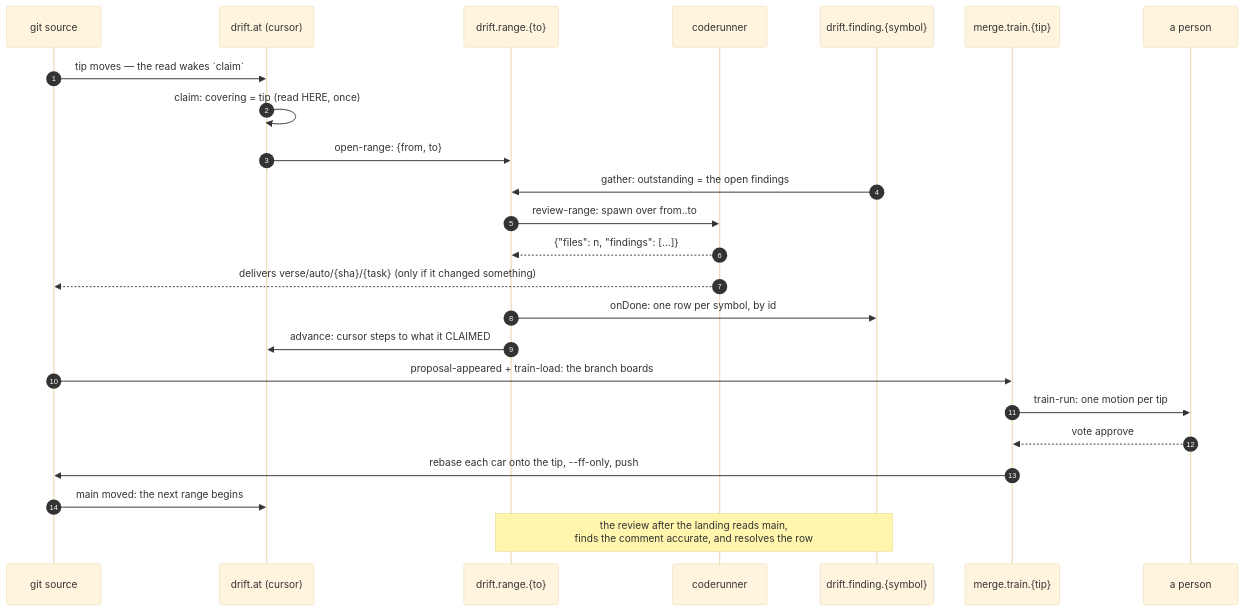
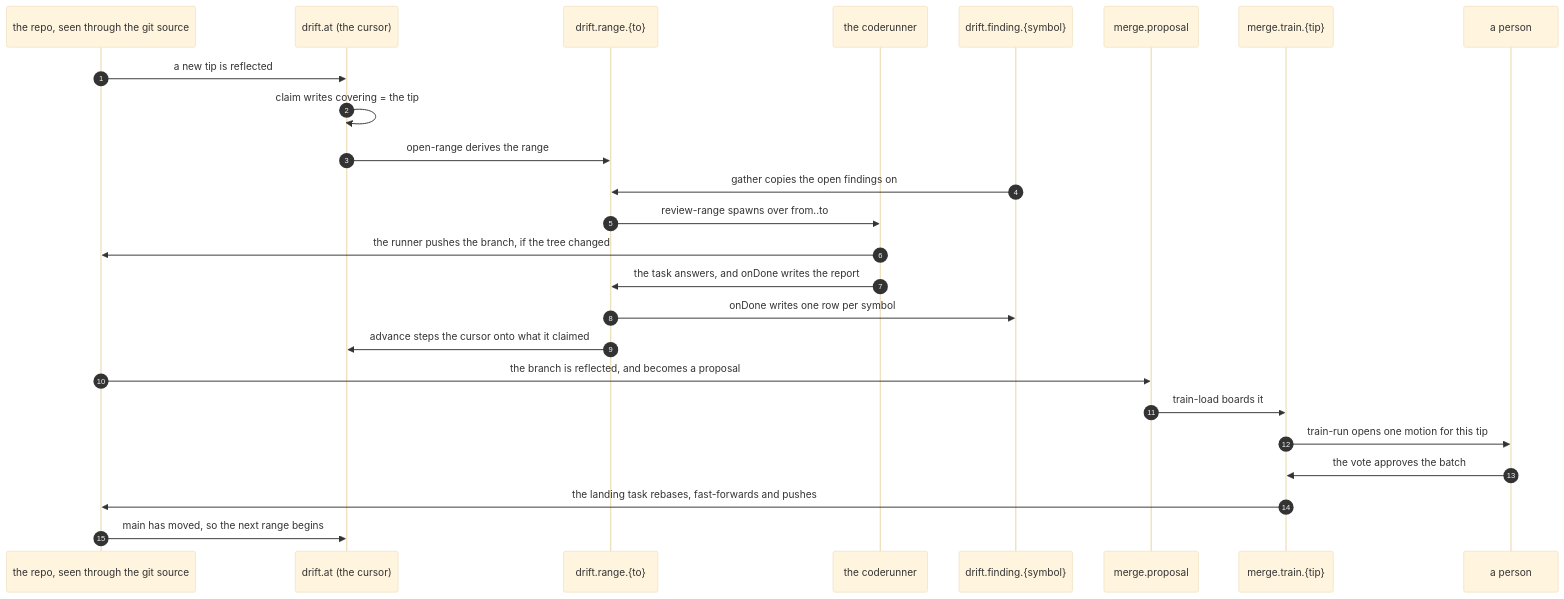
The first of 5 diagrams in docs/working/comment-drift-states.md (signadot/viff), drawn with Mermaid (base theme) before and after one commit. The commit also changed other lines of this file and 2 other files, not shown here.

First line of the commit message:
docs: the loop diagram says what each arrow is, and a reader catches the boxes nobody wrote

````diff
--- a/docs/working/comment-drift-states.md
+++ b/docs/working/comment-drift-states.md
@@ -16,27 +16,28 @@
 ```mermaid
 sequenceDiagram
     autonumber
-    participant git as git source
-    participant cur as drift.at (cursor)
+    participant git as the repo, seen through the git source
+    participant cur as drift.at (the cursor)
     participant rng as drift.range.{to}
-    participant run as coderunner
+    participant run as the coderunner
     participant led as drift.finding.{symbol}
+    participant pr as merge.proposal
     participant tr as merge.train.{tip}
     participant who as a person
 
-    git->>cur: tip moves — the read wakes `claim`
-    cur->>cur: claim: covering = tip (read HERE, once)
-    cur->>rng: open-range: {from, to}
-    led->>rng: gather: outstanding = the open findings
-    rng->>run: review-range: spawn over from..to
-    run-->>rng: {"files": n, "findings": [...]}
-    run-->>git: delivers verse/auto/{sha}/{task} (only if it changed something)
-    rng->>led: onDone: one row per symbol, by id
-    rng->>cur: advance: cursor steps to what it CLAIMED
-    git->>tr: proposal-appeared + train-load: the branch boards
-    tr->>who: train-run: one motion per tip
-    who-->>tr: vote approve
-    tr->>git: rebase each car onto the tip, --ff-only, push
-    git->>cur: main moved: the next range begins
-    Note over rng,led: the review after the landing reads main,<br/>finds the comment accurate, and resolves the row
+    git->>cur: a new tip is reflected
+    cur->>cur: claim writes covering = the tip
+    cur->>rng: open-range derives the range
+    led->>rng: gather copies the open findings on
+    rng->>run: review-range spawns over from..to
+    run->>git: the runner pushes the branch, if the tree changed
+    run->>rng: the task answers, and onDone writes the report
+    rng->>led: onDone writes one row per symbol
+    rng->>cur: advance steps the cursor onto what it claimed
+    git->>pr: the branch is reflected, and becomes a proposal
+    pr->>tr: train-load boards it
+    tr->>who: train-run opens one motion for this tip
+    who->>tr: the vote approves the batch
+    tr->>git: the landing task rebases, fast-forwards and pushes
+    git->>cur: main has moved, so the next range begins
 ```
````
